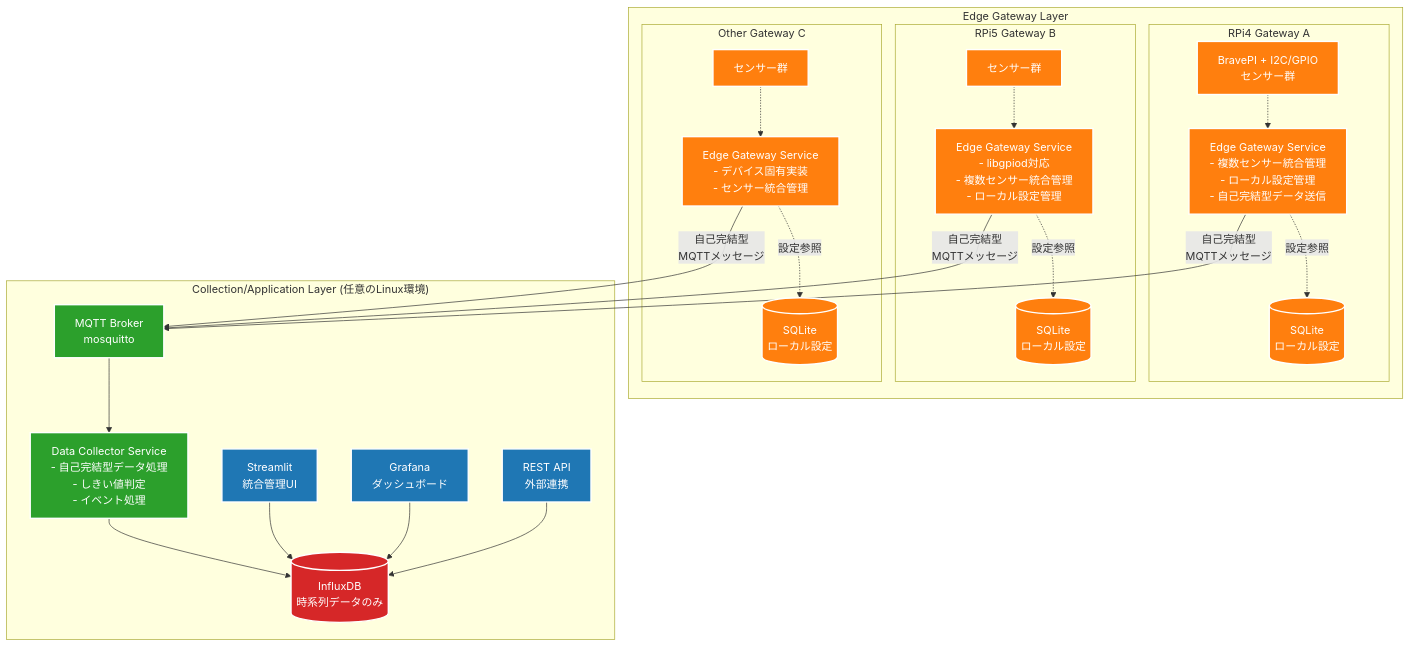
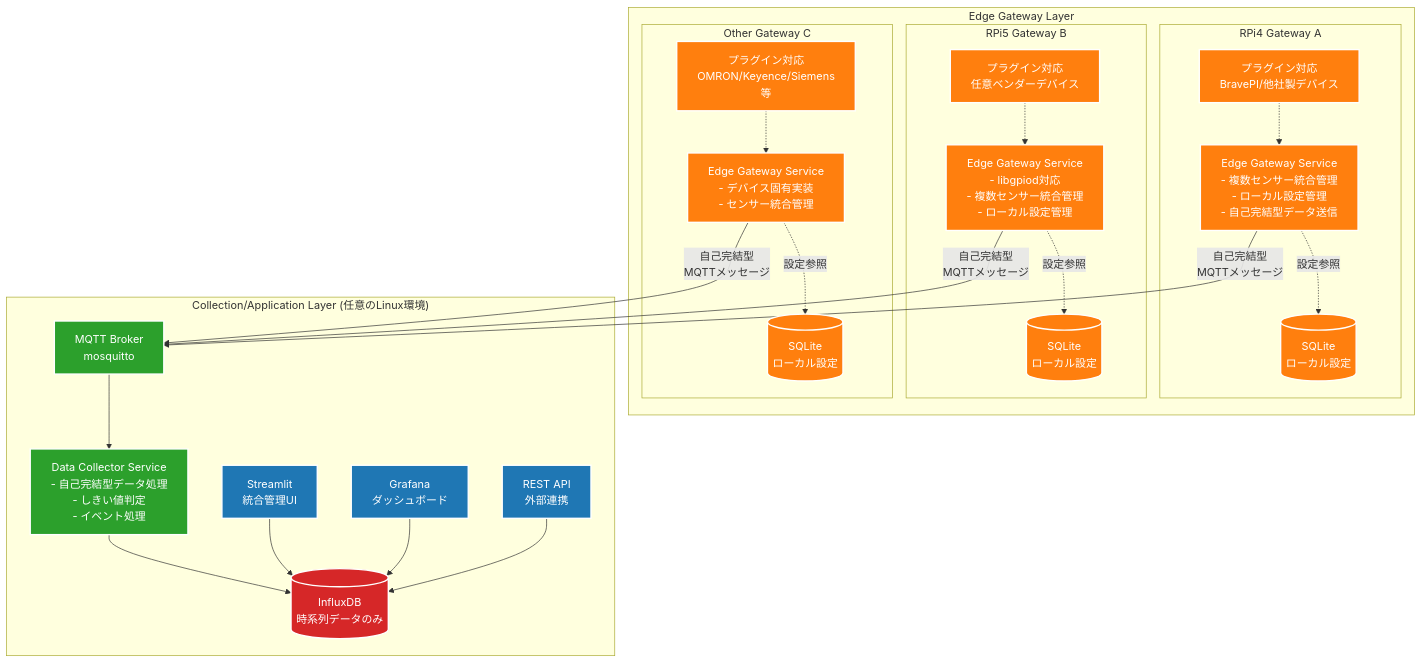
One commit to w-pinkietech/iot4-copy changed the first of 3 diagrams in docs/new-system/architecture/overview.md. Above: the diagram before and after it, drawn with Mermaid. The commit also changed other lines of this file and 2 other files, not shown here.

First line of the commit message:
docs: Update architecture for vendor-neutral design

````diff
--- a/docs/new-system/architecture/overview.md
+++ b/docs/new-system/architecture/overview.md
@@ -27,66 +30,66 @@
 ```mermaid
 graph TB
     subgraph "Edge Gateway Layer"
         subgraph "RPi4 Gateway A"
             RPi4HAL[Edge Gateway Service<br/>- 複数センサー統合管理<br/>- ローカル設定管理<br/>- 自己完結型データ送信]
             RPi4DB[(SQLite<br/>ローカル設定)]
-            RPi4Sensors[BravePI + I2C/GPIO<br/>センサー群]
+            RPi4Sensors[プラグイン対応<br/>BravePI/他社製デバイス]
         end
         
         subgraph "RPi5 Gateway B"
             RPi5HAL[Edge Gateway Service<br/>- libgpiod対応<br/>- 複数センサー統合管理<br/>- ローカル設定管理]
             RPi5DB[(SQLite<br/>ローカル設定)]
-            RPi5Sensors[センサー群]
+            RPi5Sensors[プラグイン対応<br/>任意ベンダーデバイス]
         end
         
         subgraph "Other Gateway C"
             OtherHAL[Edge Gateway Service<br/>- デバイス固有実装<br/>- センサー統合管理]
             OtherDB[(SQLite<br/>ローカル設定)]
-            OtherSensors[センサー群]
+            OtherSensors[プラグイン対応<br/>OMRON/Keyence/Siemens等]
         end
     end
     
     subgraph "Collection/Application Layer (任意のLinux環境)"
         MQTT[MQTT Broker<br/>mosquitto]
         Collector[Data Collector Service<br/>- 自己完結型データ処理<br/>- しきい値判定<br/>- イベント処理]
         InfluxDB[(InfluxDB<br/>時系列データのみ)]
         Streamlit[Streamlit<br/>統合管理UI]
         Grafana[Grafana<br/>ダッシュボード]
         API[REST API<br/>外部連携]
     end
     
     %% Edge Gateway internal connections
     RPi4Sensors -.-> RPi4HAL
     RPi4HAL -.->|設定参照| RPi4DB
     
     RPi5Sensors -.-> RPi5HAL
     RPi5HAL -.->|設定参照| RPi5DB
     
     OtherSensors -.-> OtherHAL
     OtherHAL -.->|設定参照| OtherDB
     
     %% Edge to Collection connections
     RPi4HAL -->|自己完結型<br/>MQTTメッセージ| MQTT
     RPi5HAL -->|自己完結型<br/>MQTTメッセージ| MQTT
     OtherHAL -->|自己完結型<br/>MQTTメッセージ| MQTT
     
     %% Collection Layer connections
     MQTT --> Collector
     Collector --> InfluxDB
     
     %% Application Layer connections
     Streamlit --> InfluxDB
     Grafana --> InfluxDB
     API --> InfluxDB
     
     %% Styling
     classDef edge fill:#ff7f0e,stroke:#fff,stroke-width:2px,color:#fff
     classDef collection fill:#2ca02c,stroke:#fff,stroke-width:2px,color:#fff
     classDef application fill:#1f77b4,stroke:#fff,stroke-width:2px,color:#fff
     classDef storage fill:#d62728,stroke:#fff,stroke-width:2px,color:#fff
     
     class RPi4HAL,RPi5HAL,OtherHAL,RPi4Sensors,RPi5Sensors,OtherSensors,RPi4DB,RPi5DB,OtherDB edge
     class MQTT,Collector collection
     class Streamlit,Grafana,API application
     class InfluxDB storage
 ```
````
